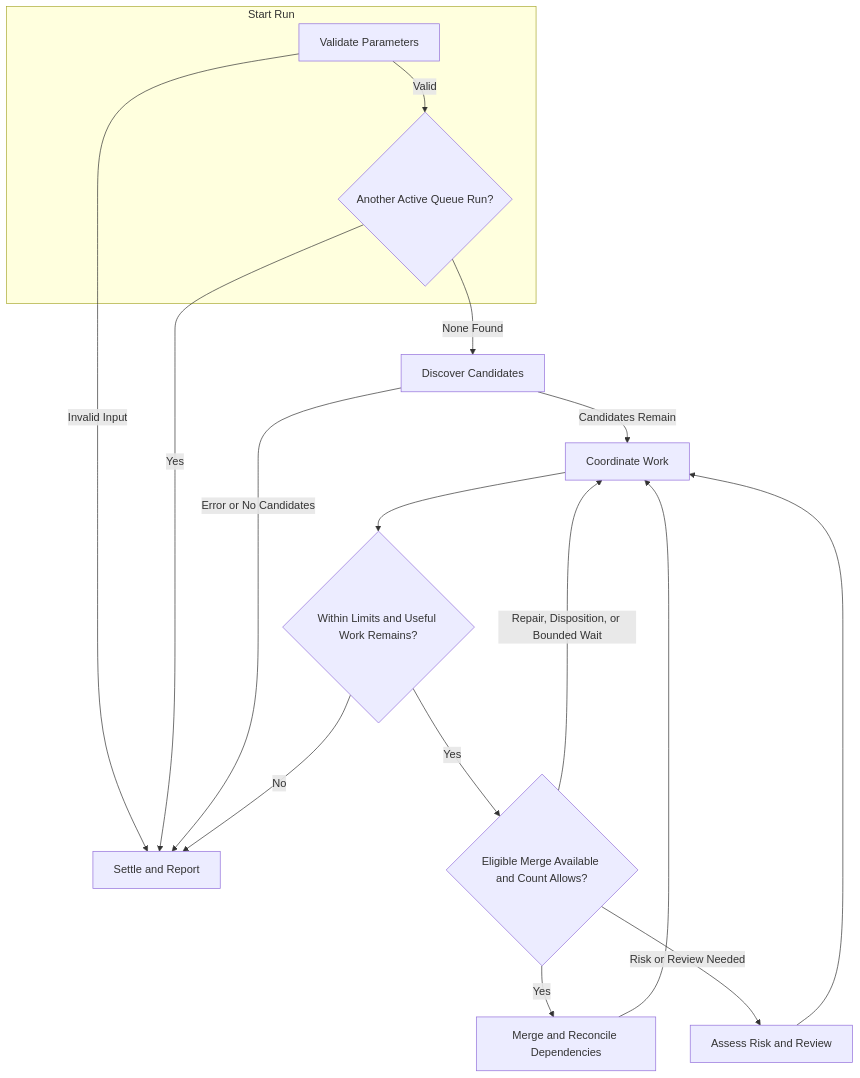
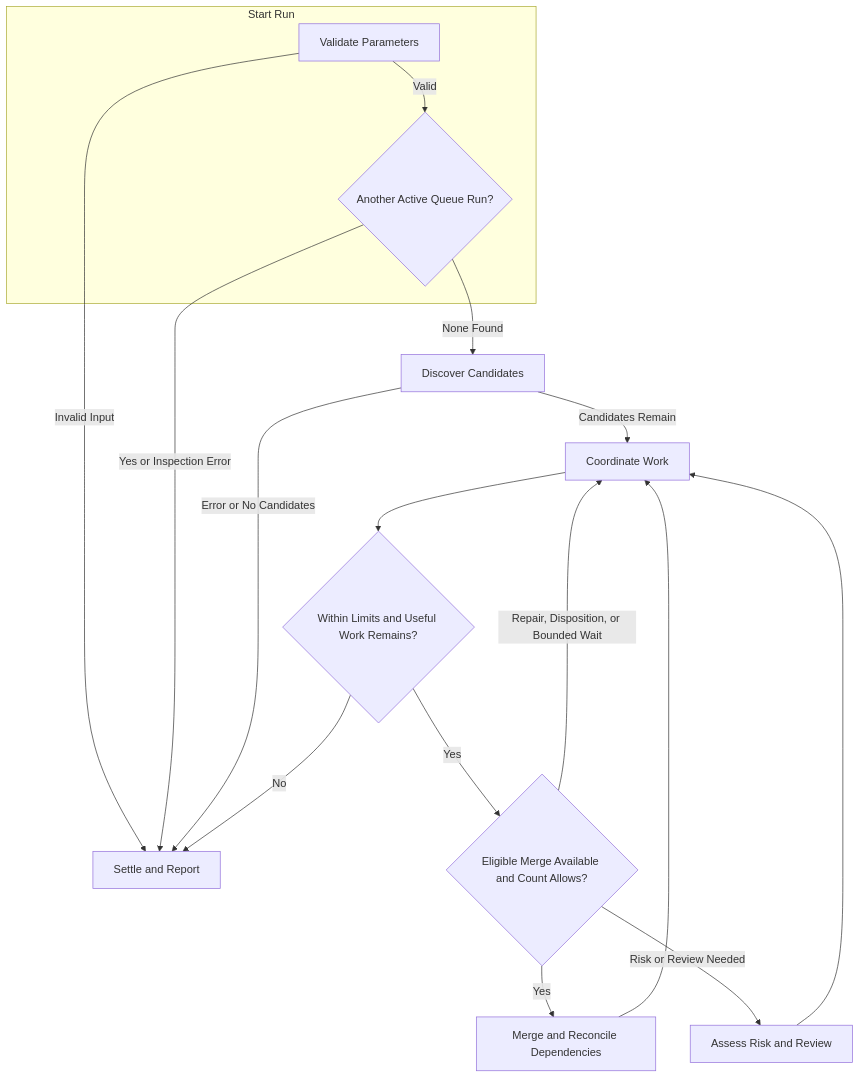
One commit to schmingle/config changed the diagram in .claude/skills/pr-merge-queue/SKILL.md. Above: the diagram before and after it, drawn with Mermaid. The commit also changed other lines of this file and 1 other file, not shown here.

````diff
--- a/.claude/skills/pr-merge-queue/SKILL.md
+++ b/.claude/skills/pr-merge-queue/SKILL.md
@@ -22,19 +22,19 @@
 ```mermaid
 flowchart TD
     subgraph Start[Start Run]
         Validate[Validate Parameters] -->|Valid|Concurrent{Another Active Queue Run?}
     end
     Validate -->|Invalid Input| Report[Settle and Report]
-    Concurrent -->|Yes| Report
+    Concurrent -->|Yes or Inspection Error| Report
     Concurrent -->|None Found| Discover[Discover Candidates]
     Discover -->|Error or No Candidates| Report
     Discover -->|Candidates Remain| Coordinate[Coordinate Work]
     Coordinate --> Continue{Within Limits and Useful Work Remains?}
     Continue -->|No| Report
     Continue -->|Yes| Ready{Eligible Merge Available and Count Allows?}
     Ready -->|Yes| Merge[Merge and Reconcile Dependencies]
     Merge --> Coordinate
     Ready -->|Risk or Review Needed| Review[Assess Risk and Review]
     Review --> Coordinate
     Ready -->|Repair, Disposition, or Bounded Wait| Coordinate
 ```
````
